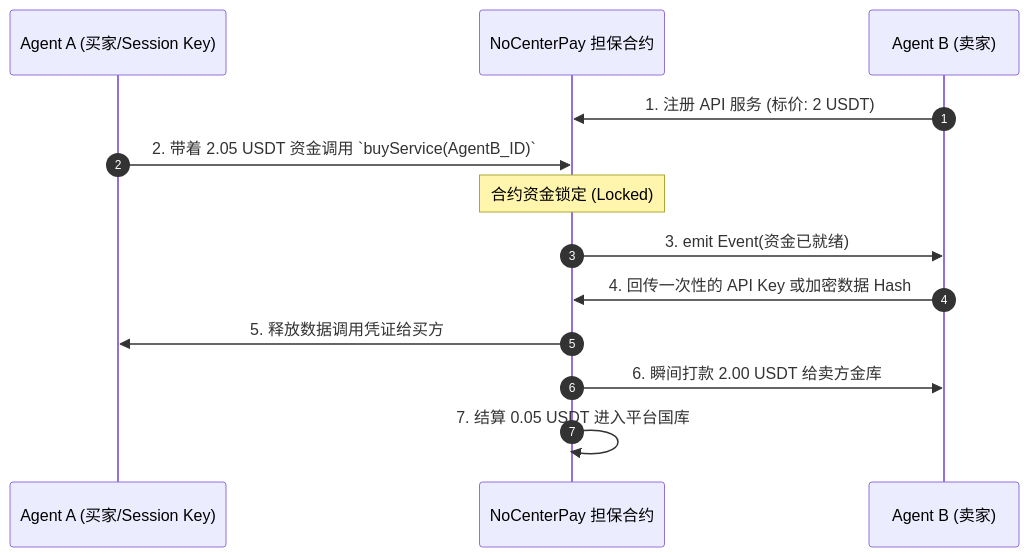
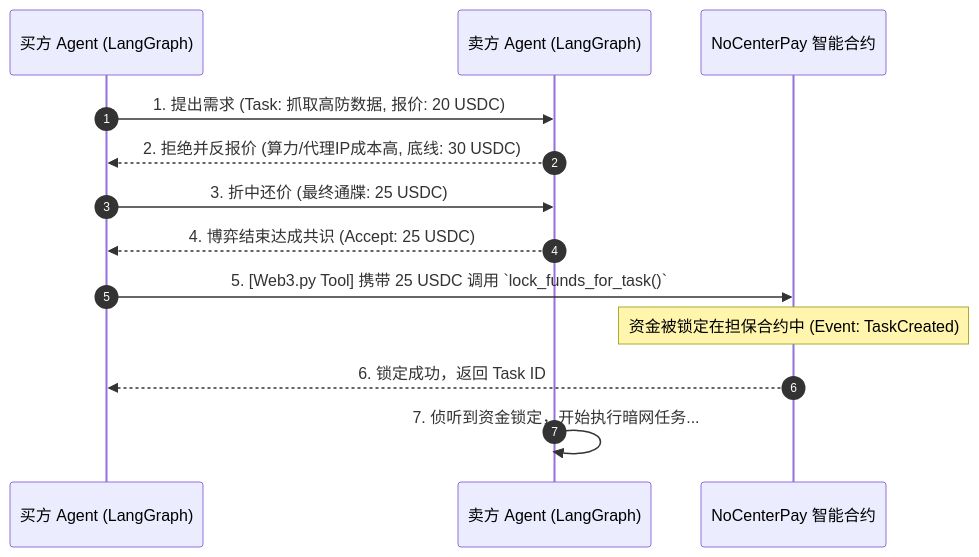
One commit to SynapseNetworkAI/Synapse-Network changed the second of 2 diagrams in doc/NoCenterPay-Architecture.md. Above: the diagram before and after it, drawn with Mermaid. The commit also changed other lines of this file, not shown here.

Commit message:
docs: Completely overhault NoCenterPay-Architecture with Phase 4 A2A Layer

````diff
--- a/doc/NoCenterPay-Architecture.md
+++ b/doc/NoCenterPay-Architecture.md
@@ -58,19 +64,18 @@
 ```mermaid
 sequenceDiagram
     autonumber
-    participant AgentA as Agent A (买家/Session Key)
-    participant Contract as NoCenterPay 担保合约
-    participant AgentB as Agent B (卖家)
+    participant Buyer as 买方 Agent (LangGraph)
+    participant Seller as 卖方 Agent (LangGraph)
+    participant Contract as NoCenterPay 智能合约
     
-    AgentB->>Contract: 1. 注册 API 服务 (标价: 2 USDT)
-    AgentA->>Contract: 2. 带着 2.05 USDT 资金调用 `buyService(AgentB_ID)`
+    Buyer->>Seller: 1. 提出需求 (Task: 抓取高防数据, 报价: 20 USDC)
+    Seller-->>Buyer: 2. 拒绝并反报价 (算力/代理IP成本高, 底线: 30 USDC)
+    Buyer->>Seller: 3. 折中还价 (最终通牒: 25 USDC)
+    Seller-->>Buyer: 4. 博弈结束达成共识 (Accept: 25 USDC)
     
-    Note over Contract: 合约资金锁定 (Locked)
+    Buyer->>Contract: 5. [Web3.py Tool] 携带 25 USDC 调用 `lock_funds_for_task()`
+    Note over Contract: 资金被锁定在担保合约中 (Event: TaskCreated)
+    Contract-->>Buyer: 6. 锁定成功，返回 Task ID
     
-    Contract->>AgentB: 3. emit Event(资金已就绪)
-    AgentB->>Contract: 4. 回传一次性的 API Key 或加密数据 Hash
-    
-    Contract->>AgentA: 5. 释放数据调用凭证给买方
-    Contract->>AgentB: 6. 瞬间打款 2.00 USDT 给卖方金库
-    Contract->>Contract: 7. 结算 0.05 USDT 进入平台国库
+    Seller->>Seller: 7. 侦听到资金锁定，开始执行暗网任务...
 ```
````
